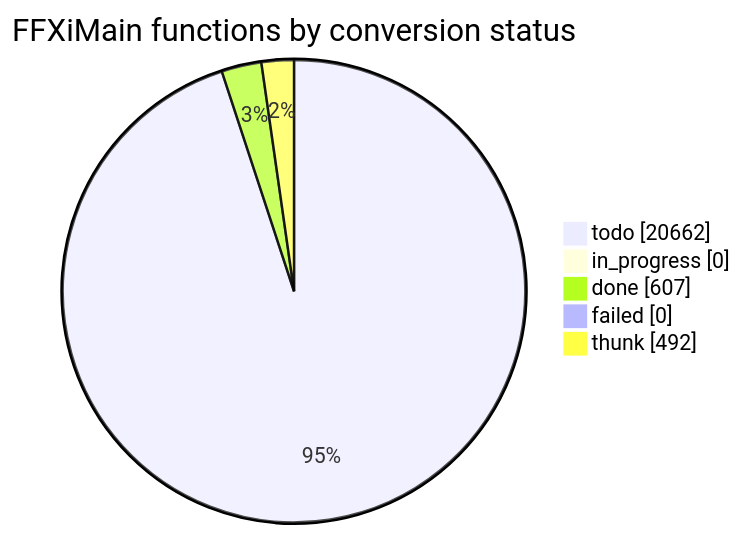
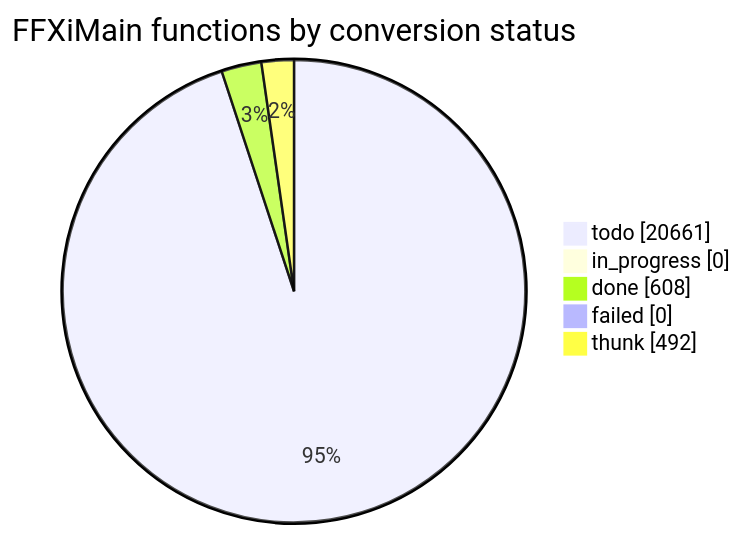
Before and after one commit to cowrevenge/cow_kuluu_xi_anything: the diagram in docs/cow/STATUS.md, drawn with Mermaid. The commit also changed other lines of this file and 9 other files, not shown here.

````diff
--- a/docs/cow/STATUS.md
+++ b/docs/cow/STATUS.md
@@ -18,9 +18,9 @@
 ```mermaid
 pie showData
     title FFXiMain functions by conversion status
-    "todo" : 20662
+    "todo" : 20661
     "in_progress" : 0
-    "done" : 607
+    "done" : 608
     "failed" : 0
     "thunk" : 492
 ```
````
